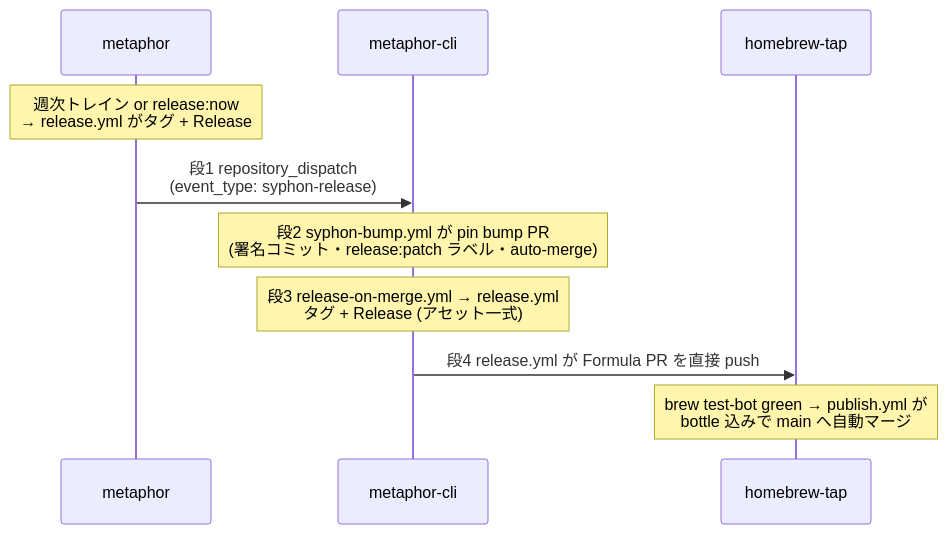
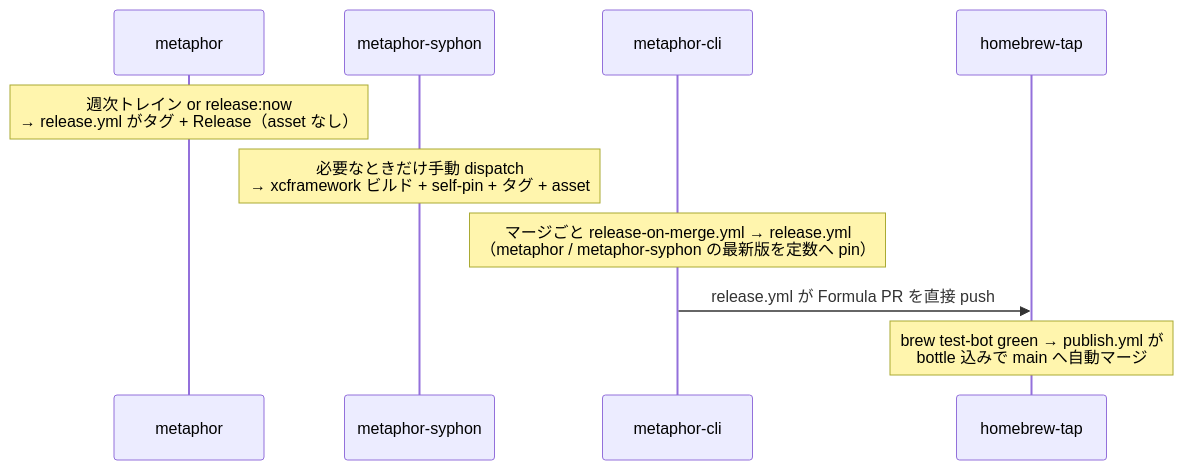
One commit to shinyaoguri/metaphor changed the second of 2 diagrams in docs/release-pipeline.md. Above: the diagram before and after it, drawn with Mermaid. The commit also changed other lines of this file and 12 other files, not shown here.

````diff
--- a/docs/release-pipeline.md
+++ b/docs/release-pipeline.md
@@ -72,13 +78,13 @@
 ```mermaid
 sequenceDiagram
     participant M as metaphor
+    participant S as metaphor-syphon
     participant C as metaphor-cli
     participant T as homebrew-tap
 
-    Note over M: 週次トレイン or release:now<br/>→ release.yml がタグ + Release
-    M->>C: 段1 repository_dispatch<br/>(event_type: syphon-release)
-    Note over C: 段2 syphon-bump.yml が pin bump PR<br/>(署名コミット・release:patch ラベル・auto-merge)
-    Note over C: 段3 release-on-merge.yml → release.yml<br/>タグ + Release (アセット一式)
-    C->>T: 段4 release.yml が Formula PR を直接 push
+    Note over M: 週次トレイン or release:now<br/>→ release.yml がタグ + Release（asset なし）
+    Note over S: 必要なときだけ手動 dispatch<br/>→ xcframework ビルド + self-pin + タグ + asset
+    Note over C: マージごと release-on-merge.yml → release.yml<br/>（metaphor / metaphor-syphon の最新版を定数へ pin）
+    C->>T: release.yml が Formula PR を直接 push
     Note over T: brew test-bot green → publish.yml が<br/>bottle 込みで main へ自動マージ
 ```
````
